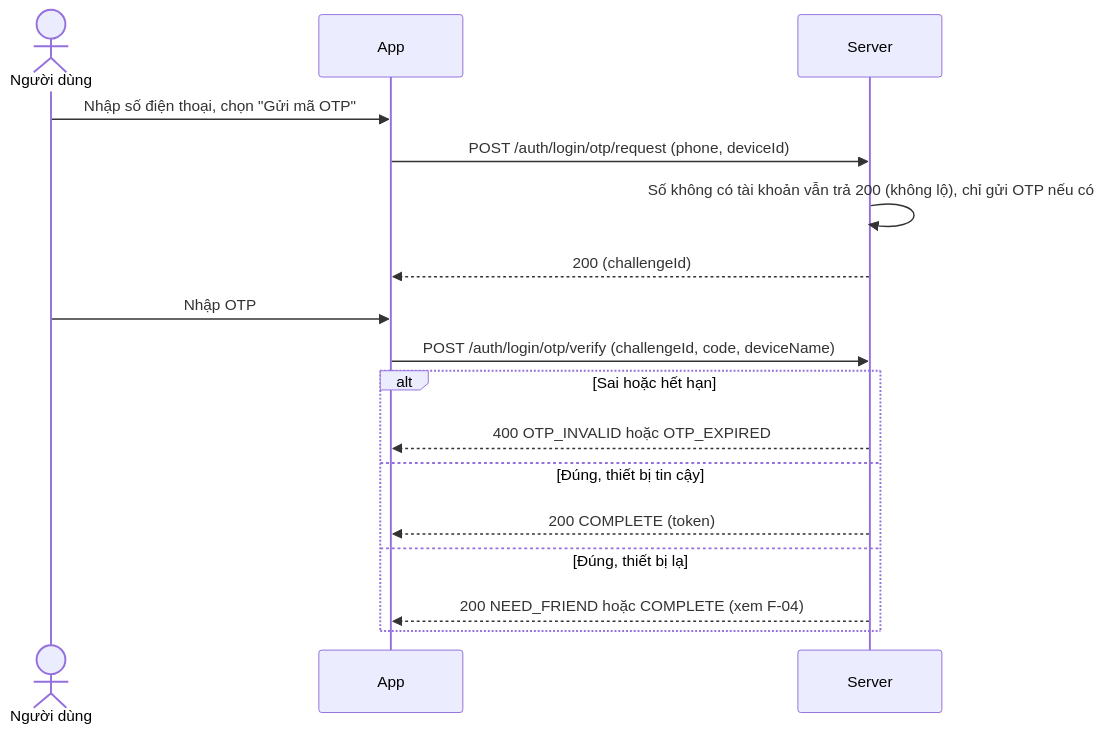
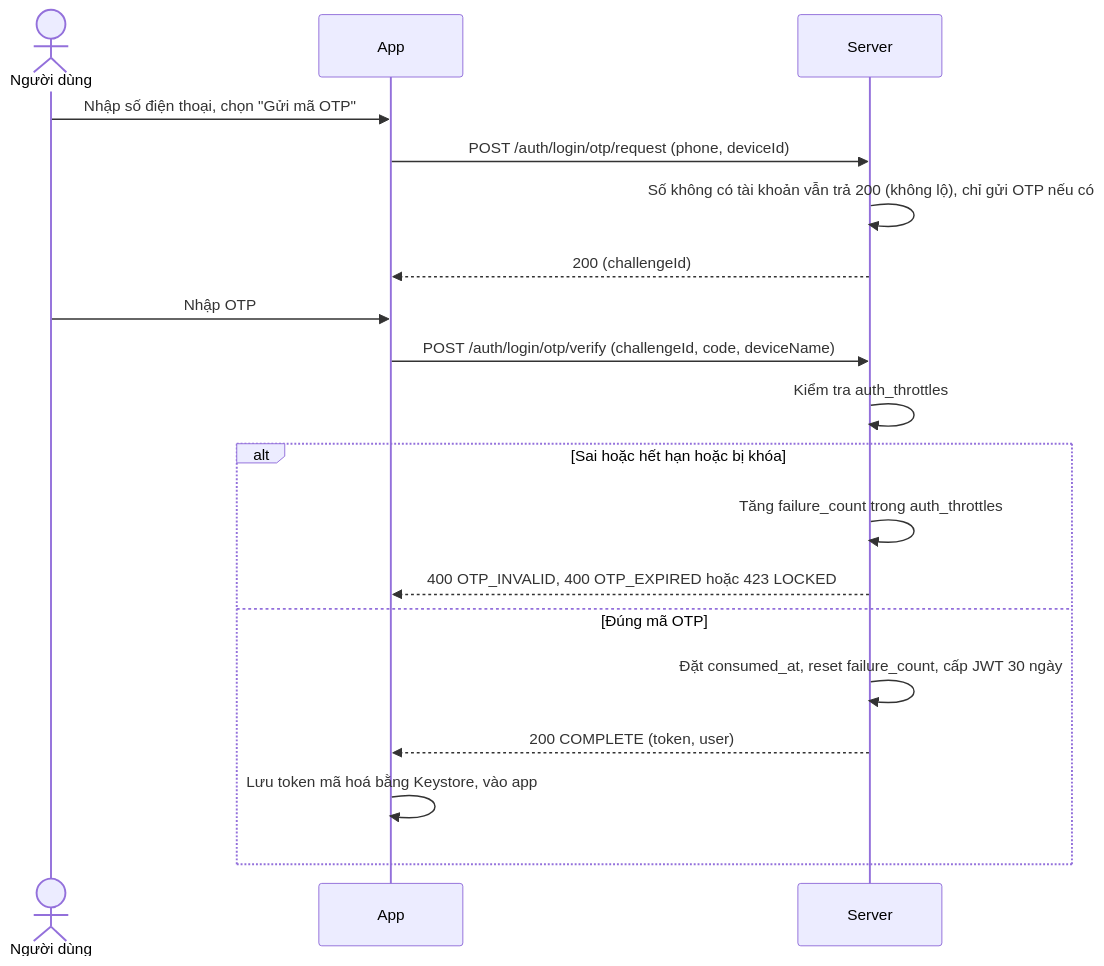
Before and after one commit to Project-Mobile-TEAM/Project_Mobile: the third of 10 diagrams in docs/FLOWS.md, drawn with Mermaid. The commit also changed other lines of this file and 8 other files, not shown here.

Commit message:
docs: complete architecture specifications, API contract and deployment security

````diff
--- a/docs/FLOWS.md
+++ b/docs/FLOWS.md
@@ -94,19 +74,21 @@
 ```mermaid
 sequenceDiagram
     actor U as Người dùng
     participant A as App
     participant S as Server
     U->>A: Nhập số điện thoại, chọn "Gửi mã OTP"
     A->>S: POST /auth/login/otp/request (phone, deviceId)
     S->>S: Số không có tài khoản vẫn trả 200 (không lộ), chỉ gửi OTP nếu có
     S-->>A: 200 (challengeId)
     U->>A: Nhập OTP
     A->>S: POST /auth/login/otp/verify (challengeId, code, deviceName)
-    alt Sai hoặc hết hạn
-        S-->>A: 400 OTP_INVALID hoặc OTP_EXPIRED
-    else Đúng, thiết bị tin cậy
-        S-->>A: 200 COMPLETE (token)
-    else Đúng, thiết bị lạ
-        S-->>A: 200 NEED_FRIEND hoặc COMPLETE (xem F-04)
+    S->>S: Kiểm tra auth_throttles
+    alt Sai hoặc hết hạn hoặc bị khóa
+        S->>S: Tăng failure_count trong auth_throttles
+        S-->>A: 400 OTP_INVALID, 400 OTP_EXPIRED hoặc 423 LOCKED
+    else Đúng mã OTP
+        S->>S: Đặt consumed_at, reset failure_count, cấp JWT 30 ngày
+        S-->>A: 200 COMPLETE (token, user)
+        A->>A: Lưu token mã hoá bằng Keystore, vào app
     end
 ```
````
